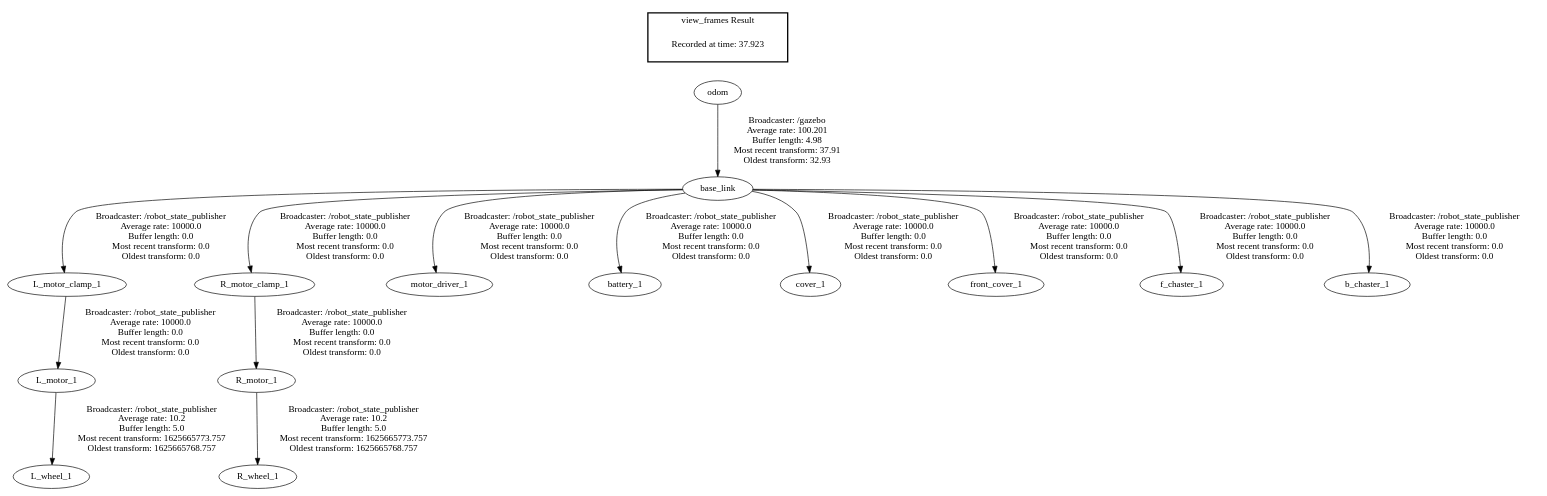
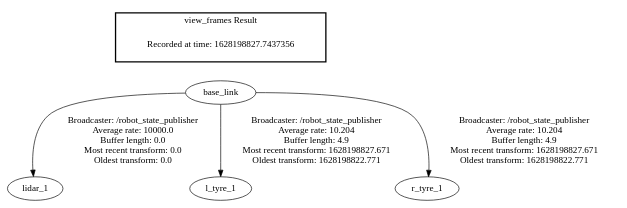
Before and after one commit to atom-robotics-lab/MR-Robot: the diagram in mr_robot_description/frames.gv, drawn with Graphviz. The commit also changed 1 other file, not shown here.

Commit message:
Updates tf frames with updated robot model

```diff
--- a/mr_robot_description/frames.gv
+++ b/mr_robot_description/frames.gv
@@ -1,19 +1,9 @@
 digraph G {
-"L_motor_clamp_1" -> "L_motor_1"[label=" Broadcaster: /robot_state_publisher\nAverage rate: 10000.0\nBuffer length: 0.0\nMost recent transform: 0.0\nOldest transform: 0.0\n"];
-"base_link" -> "L_motor_clamp_1"[label=" Broadcaster: /robot_state_publisher\nAverage rate: 10000.0\nBuffer length: 0.0\nMost recent transform: 0.0\nOldest transform: 0.0\n"];
-"R_motor_clamp_1" -> "R_motor_1"[label=" Broadcaster: /robot_state_publisher\nAverage rate: 10000.0\nBuffer length: 0.0\nMost recent transform: 0.0\nOldest transform: 0.0\n"];
-"base_link" -> "R_motor_clamp_1"[label=" Broadcaster: /robot_state_publisher\nAverage rate: 10000.0\nBuffer length: 0.0\nMost recent transform: 0.0\nOldest transform: 0.0\n"];
-"odom" -> "base_link"[label=" Broadcaster: /gazebo\nAverage rate: 100.201\nBuffer length: 4.98\nMost recent transform: 37.91\nOldest transform: 32.93\n"];
-"base_link" -> "motor_driver_1"[label=" Broadcaster: /robot_state_publisher\nAverage rate: 10000.0\nBuffer length: 0.0\nMost recent transform: 0.0\nOldest transform: 0.0\n"];
-"base_link" -> "battery_1"[label=" Broadcaster: /robot_state_publisher\nAverage rate: 10000.0\nBuffer length: 0.0\nMost recent transform: 0.0\nOldest transform: 0.0\n"];
-"base_link" -> "cover_1"[label=" Broadcaster: /robot_state_publisher\nAverage rate: 10000.0\nBuffer length: 0.0\nMost recent transform: 0.0\nOldest transform: 0.0\n"];
-"base_link" -> "front_cover_1"[label=" Broadcaster: /robot_state_publisher\nAverage rate: 10000.0\nBuffer length: 0.0\nMost recent transform: 0.0\nOldest transform: 0.0\n"];
-"base_link" -> "f_chaster_1"[label=" Broadcaster: /robot_state_publisher\nAverage rate: 10000.0\nBuffer length: 0.0\nMost recent transform: 0.0\nOldest transform: 0.0\n"];
-"base_link" -> "b_chaster_1"[label=" Broadcaster: /robot_state_publisher\nAverage rate: 10000.0\nBuffer length: 0.0\nMost recent transform: 0.0\nOldest transform: 0.0\n"];
-"L_motor_1" -> "L_wheel_1"[label=" Broadcaster: /robot_state_publisher\nAverage rate: 10.2\nBuffer length: 5.0\nMost recent transform: 1625665773.757\nOldest transform: 1625665768.757\n"];
-"R_motor_1" -> "R_wheel_1"[label=" Broadcaster: /robot_state_publisher\nAverage rate: 10.2\nBuffer length: 5.0\nMost recent transform: 1625665773.757\nOldest transform: 1625665768.757\n"];
+"base_link" -> "lidar_1"[label=" Broadcaster: /robot_state_publisher\nAverage rate: 10000.0\nBuffer length: 0.0\nMost recent transform: 0.0\nOldest transform: 0.0\n"];
+"base_link" -> "l_tyre_1"[label=" Broadcaster: /robot_state_publisher\nAverage rate: 10.204\nBuffer length: 4.9\nMost recent transform: 1628198827.671\nOldest transform: 1628198822.771\n"];
+"base_link" -> "r_tyre_1"[label=" Broadcaster: /robot_state_publisher\nAverage rate: 10.204\nBuffer length: 4.9\nMost recent transform: 1628198827.671\nOldest transform: 1628198822.771\n"];
 edge [style=invis];
  subgraph cluster_legend { style=bold; color=black; label ="view_frames Result";
-"Recorded at time: 37.923"[ shape=plaintext ] ;
-}->"odom";
+"Recorded at time: 1628198827.7437356"[ shape=plaintext ] ;
+}->"base_link";
 }
```
